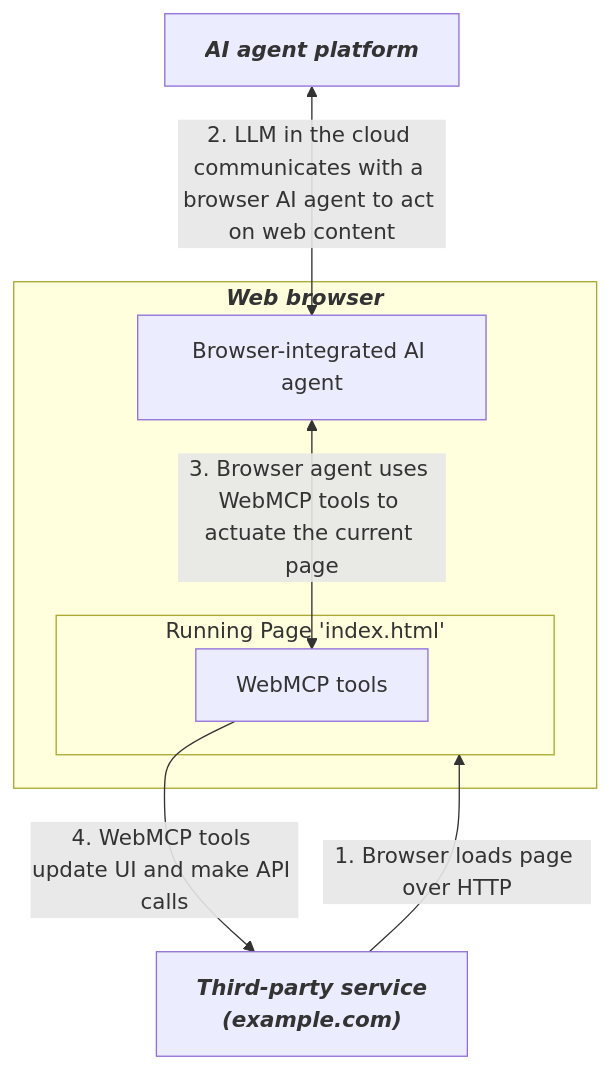
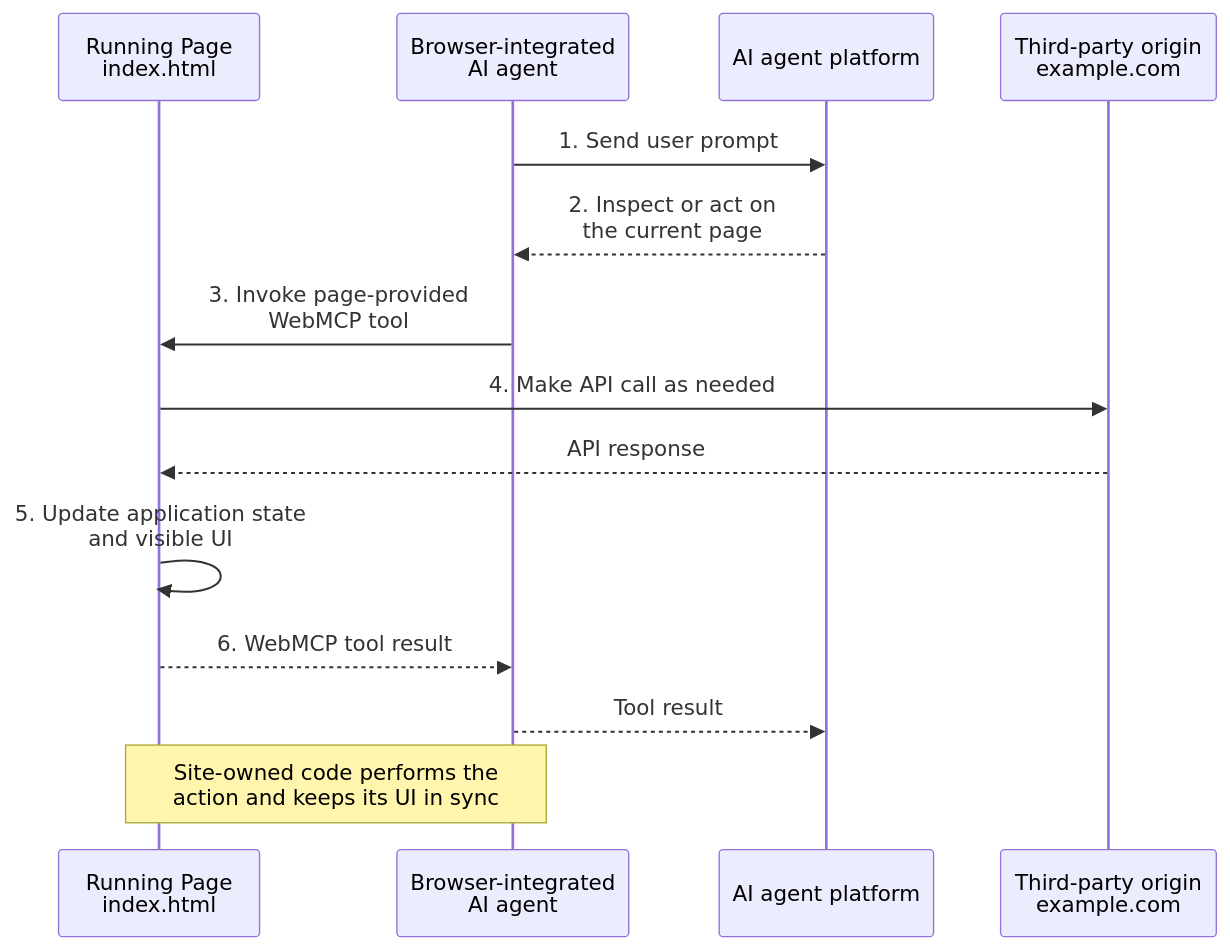
One commit to webmachinelearning/webmcp changed the first of 2 diagrams in README.md. Above: the diagram before and after it, drawn with Mermaid. The commit also changed other lines of this file, not shown here.

Commit message:
Refactor sequence diagrams (#295)

````diff
--- a/README.md
+++ b/README.md
@@ -30,18 +30,23 @@
 ```mermaid
-graph TD
-    subgraph WB["<b><i>Web browser</i></b>"]
-        BA["Browser-integrated AI agent"]
-        subgraph RP["Running Page 'index.html'"]
-            WMCP["WebMCP tools"]
-        end
-    end
+sequenceDiagram
+    participant Page as Running Page<br/>index.html
+    participant Agent as Browser-integrated<br/>AI agent
+    participant AI as AI agent platform
+    participant Service as Third-party origin<br/>example.com
 
-    AI["<b><i>AI agent platform</i></b>"]
-    TP["<b><i>Third-party service<br>(example.com)</i></b>"]
+    Agent->>AI: 1. Send user prompt
 
-    %% Connections
-    TP -->|"1. Browser loads page over HTTP"| RP
-    AI <-->|"2. LLM in the cloud communicates with a browser AI agent to act on web content"| BA
-    BA <-->|"3. Browser agent uses WebMCP tools to actuate the current page"| WMCP
-    WMCP -->|"4. WebMCP tools update UI and make API calls"| TP
+    AI-->>Agent: 2. Inspect or act on<br/>the current page
+
+    Agent->>Page: 3. Invoke page-provided<br/>WebMCP tool
+
+    Page->>Service: 4. Make API call as needed
+    Service-->>Page: API response
+
+    Page->>Page: 5. Update application state<br/>and visible UI
+
+    Page-->>Agent: 6. WebMCP tool result
+    Agent-->>AI: Tool result
+
+    Note over Page,Agent: Site-owned code performs the<br/> action and keeps its UI in sync
 ```
````
